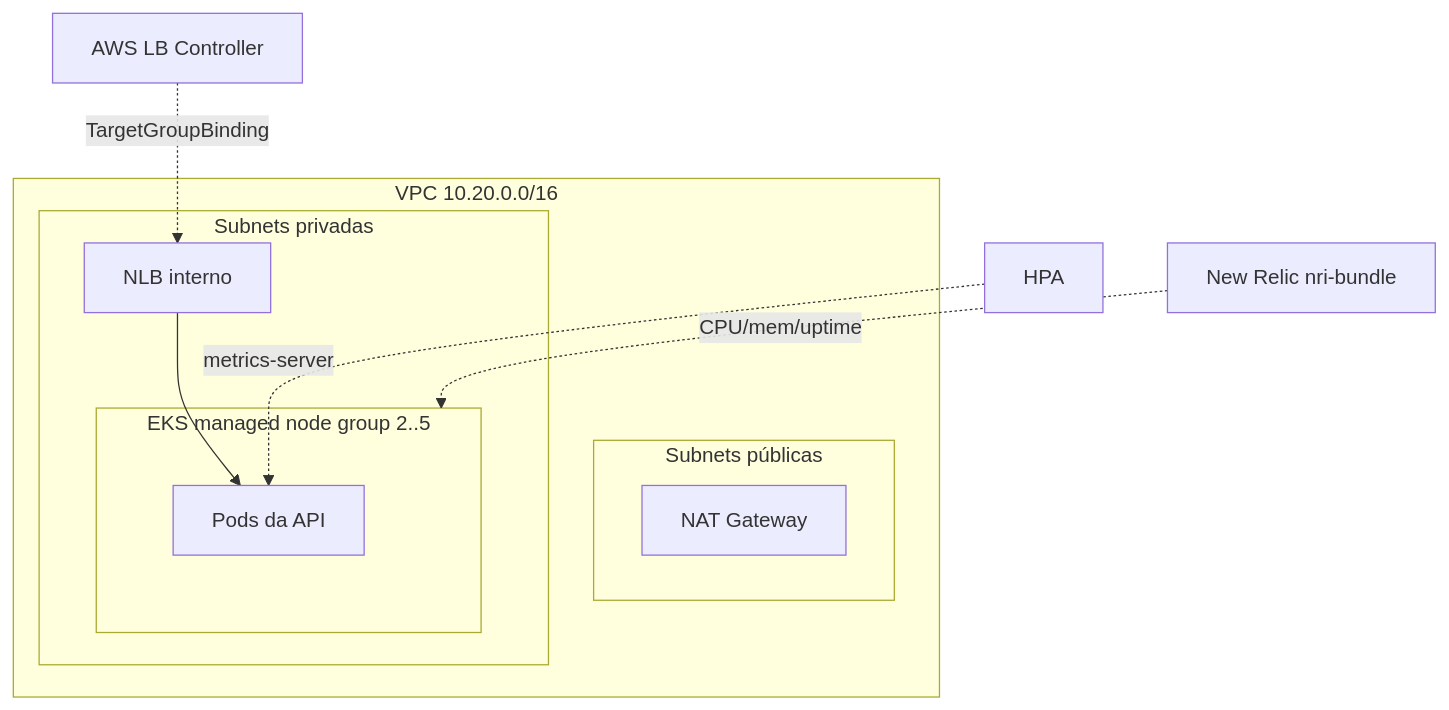
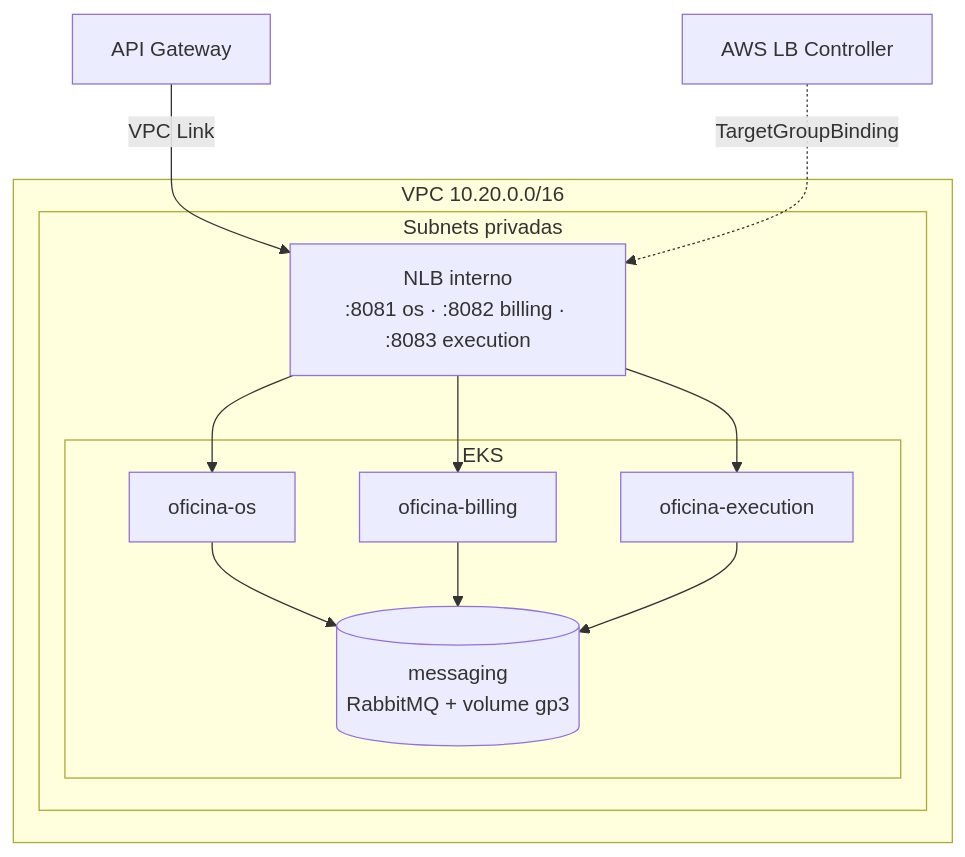
The diagram in README.md (Duds27/oficina-infra-k8s), drawn with Mermaid before and after one commit. The commit also changed other lines of this file and 9 other files, not shown here.

First line of the commit message:
infra: EBS CSI + RabbitMQ (operator) + namespaces + listeners NLB por serviço

````diff
--- a/README.md
+++ b/README.md
@@ -22,17 +30,18 @@
 ```mermaid
 flowchart TB
+  apigw[API Gateway] -- VPC Link --> nlb
   subgraph vpc["VPC 10.20.0.0/16"]
-    subgraph pub[Subnets públicas]
-      nat[NAT Gateway]
-    end
     subgraph priv[Subnets privadas]
-      subgraph eks[EKS managed node group 2..5]
-        pods[Pods da API]
+      nlb["NLB interno<br/>:8081 os · :8082 billing · :8083 execution"]
+      subgraph eks[EKS]
+        os[oficina-os]
+        billing[oficina-billing]
+        execution[oficina-execution]
+        mq[(messaging<br/>RabbitMQ + volume gp3)]
       end
-      nlb[NLB interno] --> pods
     end
   end
-  hpa[HPA] -. metrics-server .-> pods
+  nlb --> os & billing & execution
+  os & billing & execution --> mq
   lbc[AWS LB Controller] -. TargetGroupBinding .-> nlb
-  nr[New Relic nri-bundle] -. CPU/mem/uptime .-> eks
 ```
````
